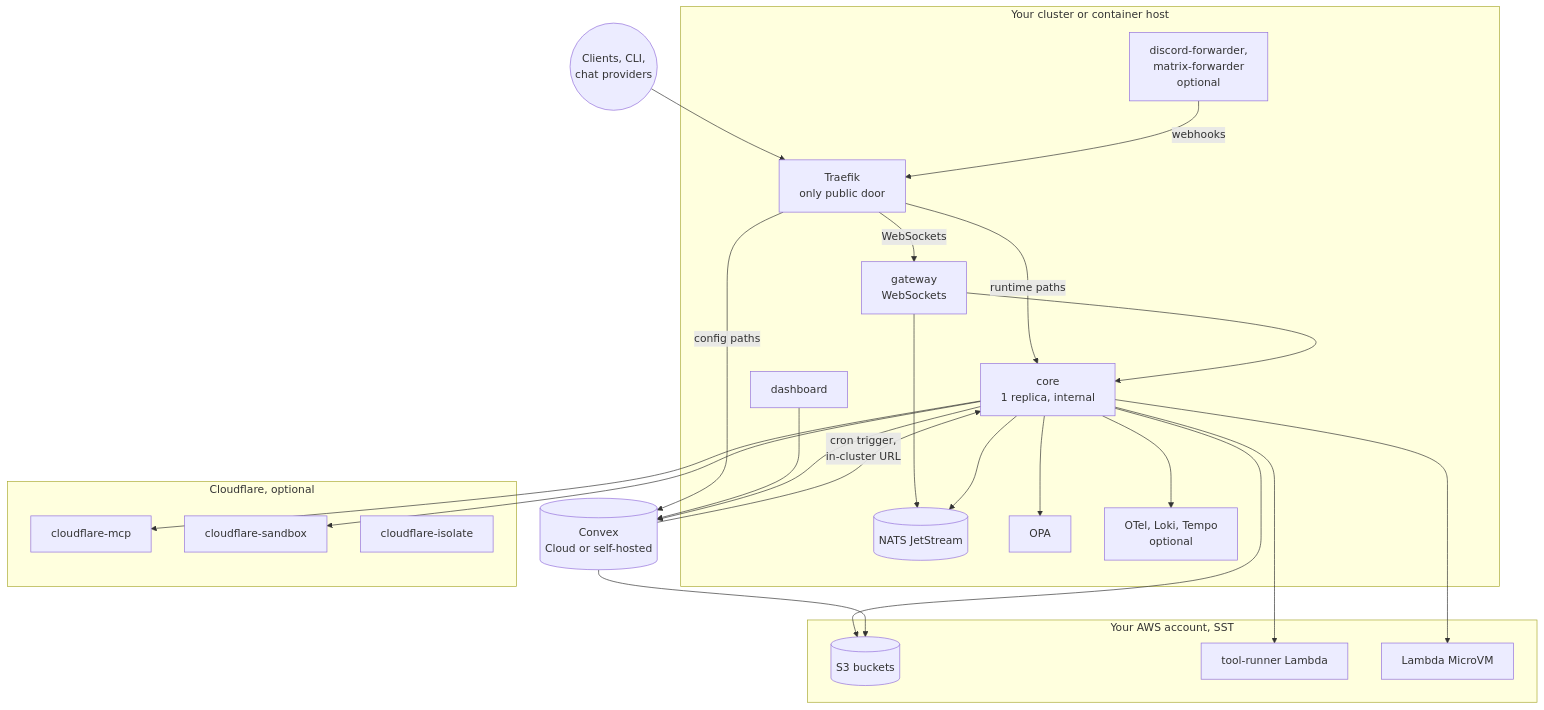
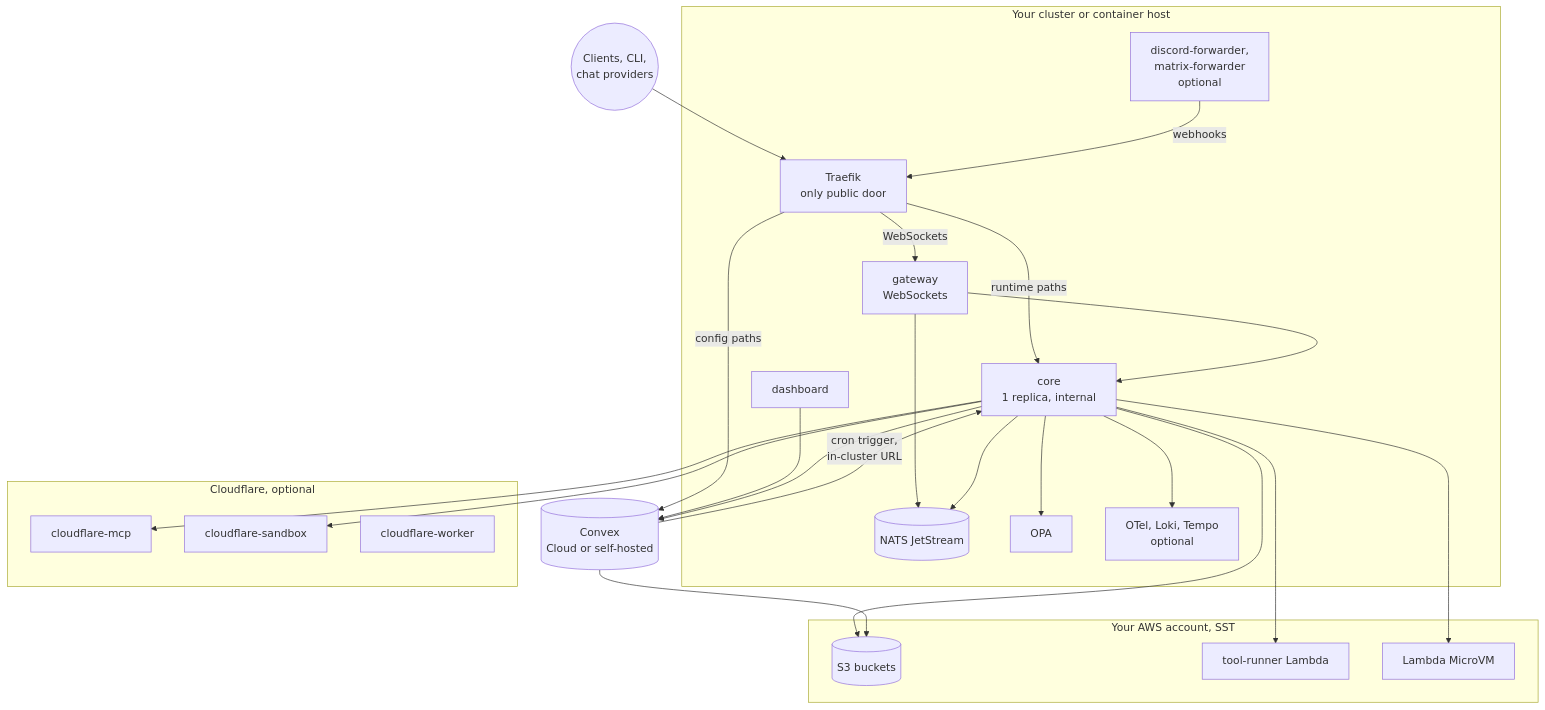
The first of 6 diagrams in apps/docs/docs/internals/self-hosting.md (beeblastco/broods), drawn with Mermaid before and after one commit. The commit also changed other lines of this file and 21 other files, not shown here.

First line of the commit message:
fix(cloudflare-worker): rename the provider to worker, cut big output, conditional empty disks, errors with messages

````diff
--- a/apps/docs/docs/internals/self-hosting.md
+++ b/apps/docs/docs/internals/self-hosting.md
@@ -7,49 +7,49 @@
 ```mermaid
 flowchart TB
   Users(("Clients, CLI,<br/>chat providers"))
 
   subgraph host["Your cluster or container host"]
     Traefik["Traefik<br/>only public door"]
     Core["core<br/>1 replica, internal"]
     Gateway["gateway<br/>WebSockets"]
     Dashboard["dashboard"]
     NATS[("NATS JetStream")]
     OPA["OPA"]
     Obs["OTel, Loki, Tempo<br/>optional"]
     Fwd["discord-forwarder,<br/>matrix-forwarder<br/>optional"]
   end
 
   Convex[("Convex<br/>Cloud or self-hosted")]
 
   subgraph aws["Your AWS account, SST"]
     S3[("S3 buckets")]
     Lambda["tool-runner Lambda"]
     MicroVM["Lambda MicroVM"]
   end
 
   subgraph cf["Cloudflare, optional"]
     McpW["cloudflare-mcp"]
     SbxW["cloudflare-sandbox"]
-    IsoW["cloudflare-isolate"]
+    IsoW["cloudflare-worker"]
   end
 
   Users --> Traefik
   Traefik -->|runtime paths| Core
   Traefik -->|config paths| Convex
   Traefik -->|WebSockets| Gateway
   Gateway --> Core
   Gateway --> NATS
   Dashboard --> Convex
   Core --> Convex
   Convex -->|"cron trigger,<br/>in-cluster URL"| Core
   Core --> NATS
   Core --> OPA
   Core --> Obs
   Core --> S3
   Core --> Lambda
   Core --> MicroVM
   Convex --> S3
   Fwd -->|webhooks| Traefik
   Core --> McpW
   Core --> SbxW
 ```
````
